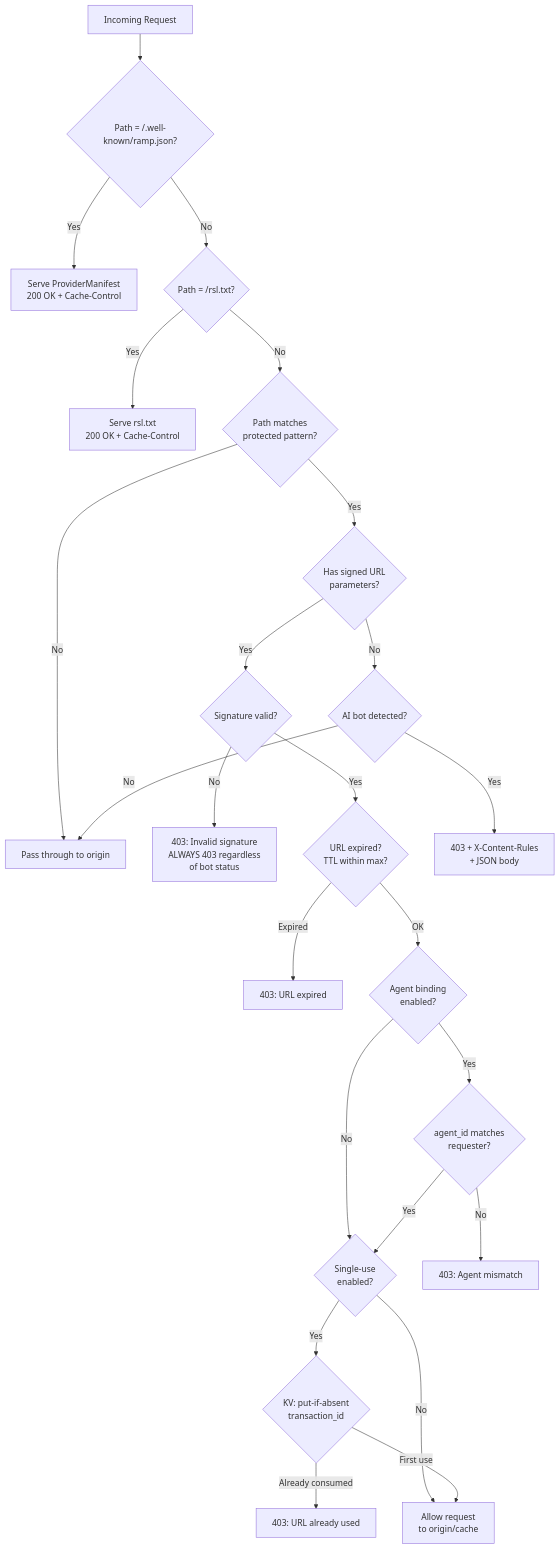
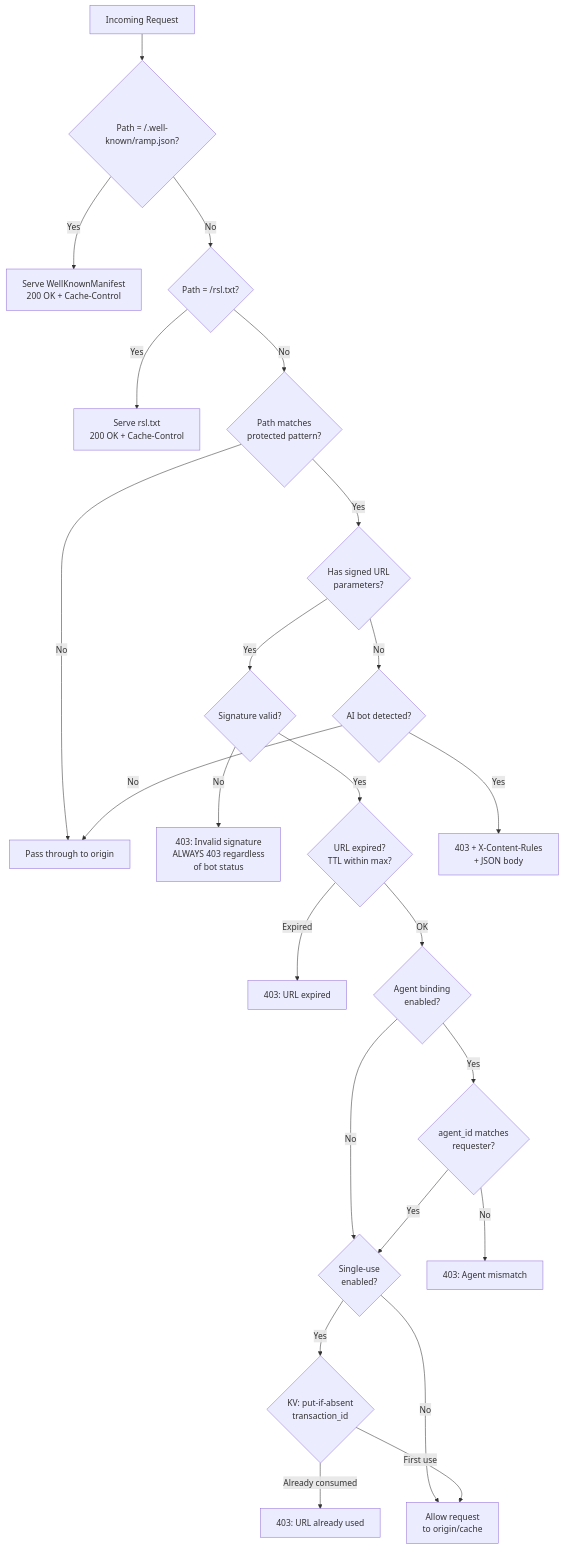
The diagram in website/src/content/docs/components/edge-function/overview.mdx (RAMP-Protocol/protocol), drawn with Mermaid before and after one commit. The commit also changed other lines of this file and 49 other files, not shown here.

First line of the commit message:
docs(website): sync site to unified well-known endpoint + marketplace→exchange rename

````diff
--- a/website/src/content/docs/components/edge-function/overview.mdx
+++ b/website/src/content/docs/components/edge-function/overview.mdx
@@ -45,26 +45,26 @@
 ```mermaid
 flowchart TD
     REQ[Incoming Request] --> RAMP_JSON{Path = /.well-known/ramp.json?}
-    RAMP_JSON -->|Yes| SERVE_MANIFEST[Serve ProviderManifest<br/>200 OK + Cache-Control]
+    RAMP_JSON -->|Yes| SERVE_MANIFEST[Serve WellKnownManifest<br/>200 OK + Cache-Control]
     RAMP_JSON -->|No| RSL_TXT{Path = /rsl.txt?}
     RSL_TXT -->|Yes| SERVE_RSL[Serve rsl.txt<br/>200 OK + Cache-Control]
     RSL_TXT -->|No| PROTECTED{Path matches<br/>protected pattern?}
     PROTECTED -->|No| PASSTHROUGH[Pass through to origin]
     PROTECTED -->|Yes| HAS_SIG{Has signed URL<br/>parameters?}
     HAS_SIG -->|Yes| VERIFY_SIG{Signature valid?}
     VERIFY_SIG -->|No| BLOCK_INVALID[403: Invalid signature<br/>ALWAYS 403 regardless<br/>of bot status]
     VERIFY_SIG -->|Yes| CHECK_EXPIRY{URL expired?<br/>TTL within max?}
     CHECK_EXPIRY -->|Expired| BLOCK_EXPIRED[403: URL expired]
     CHECK_EXPIRY -->|OK| CHECK_AGENT{Agent binding<br/>enabled?}
     CHECK_AGENT -->|Yes| VERIFY_AGENT{agent_id matches<br/>requester?}
     CHECK_AGENT -->|No| CHECK_SINGLE_USE
     VERIFY_AGENT -->|No| BLOCK_AGENT[403: Agent mismatch]
     VERIFY_AGENT -->|Yes| CHECK_SINGLE_USE{Single-use<br/>enabled?}
     CHECK_SINGLE_USE -->|Yes| KV_CHECK{KV: put-if-absent<br/>transaction_id}
     CHECK_SINGLE_USE -->|No| ALLOW[Allow request<br/>to origin/cache]
     KV_CHECK -->|Already consumed| BLOCK_REUSE[403: URL already used]
     KV_CHECK -->|First use| ALLOW
     HAS_SIG -->|No| IS_BOT{AI bot detected?}
     IS_BOT -->|Yes| BLOCK_BOT[403 + X-Content-Rules<br/>+ JSON body]
     IS_BOT -->|No| PASSTHROUGH
 ```
````
